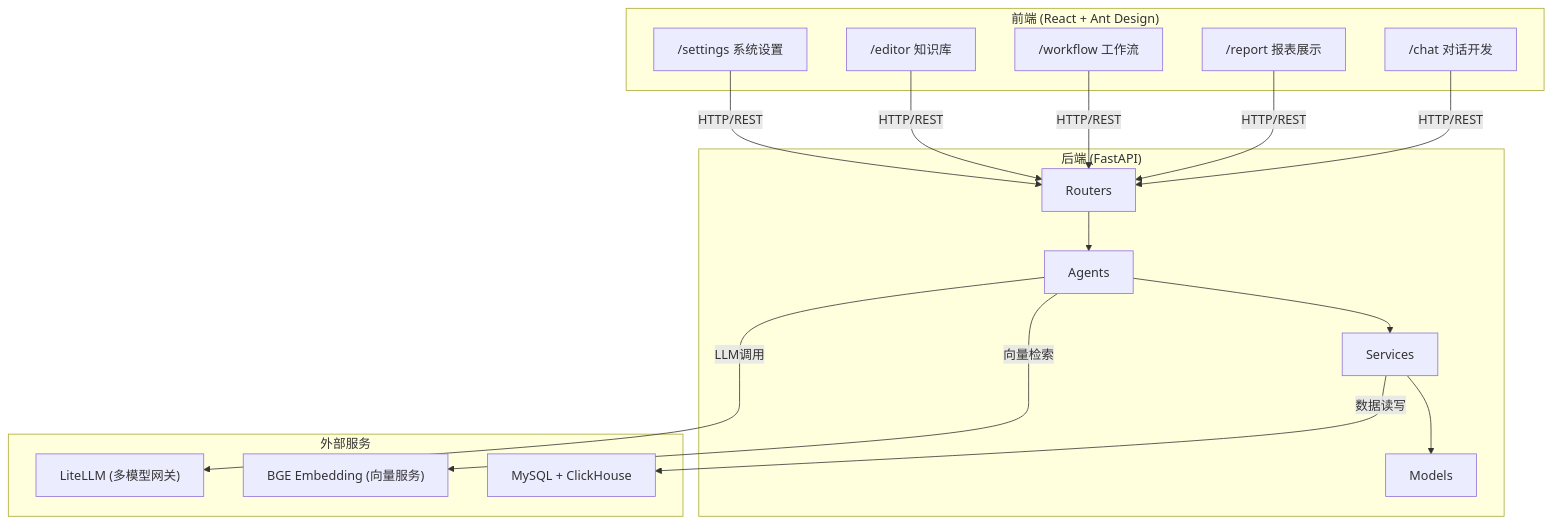
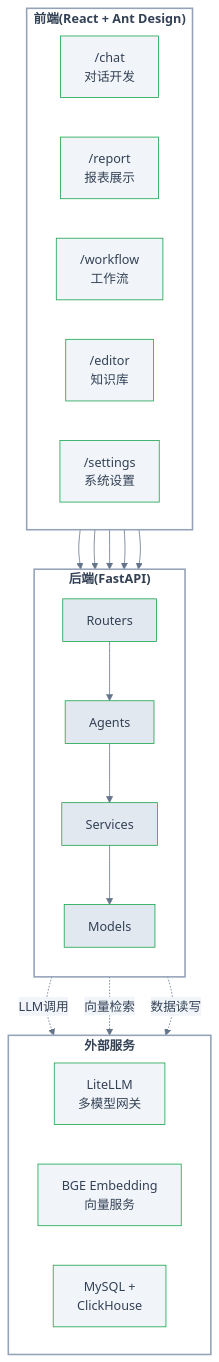
Before and after one commit to quietsj/auto_report_platform: the first of 3 diagrams in README.md, drawn with Mermaid. The commit also changed other lines of this file and 1 other file, not shown here.

````diff
--- a/README.md
+++ b/README.md
@@ -21,36 +21,58 @@
 ```mermaid
+%%{init: {'theme': 'base', 'themeVariables': {'primaryColor': '#f1f5f9', 'primaryTextColor': '#334155', 'primaryBorderColor': '#94a3b8', 'lineColor': '#64748b', 'secondaryColor': '#f1f5f9', 'tertiaryColor': '#f8fafc'}}}%%
 graph TB
-    subgraph Frontend["前端 (React + Ant Design)"]
-        Chat["/chat 对话开发"]
-        Report["/report 报表展示"]
-        Workflow["/workflow 工作流"]
-        Editor["/editor 知识库"]
-        Settings["/settings 系统设置"]
+    subgraph Frontend["<b>前端(React + Ant Design)</b>"]
+        direction LR
+        Chat["/chat<br/>对话开发"]
+        Report["/report<br/>报表展示"]
+        Workflow["/workflow<br/>工作流"]
+        Editor["/editor<br/>知识库"]
+        Settings["/settings<br/>系统设置"]
     end
+    style Frontend fill:none,stroke:#94a3b8,stroke-width:2px,color:#334155
     
-    subgraph Backend["后端 (FastAPI)"]
+    subgraph Backend["<b>后端(FastAPI)</b>"]
+        direction TB
         Routers["Routers"]
         Agents["Agents"]
         Services["Services"]
         Models["Models"]
         Routers --> Agents
         Agents --> Services
         Services --> Models
     end
+    style Backend fill:none,stroke:#94a3b8,stroke-width:2px,color:#334155
     
-    subgraph External["外部服务"]
-        LiteLLM["LiteLLM (多模型网关)"]
-        BGE["BGE Embedding (向量服务)"]
-        DB["MySQL + ClickHouse"]
+    subgraph External["<b>外部服务</b>"]
+        direction LR
+        LiteLLM["LiteLLM<br/>多模型网关"]
+        BGE["BGE Embedding<br/>向量服务"]
+        DB["MySQL +<br/>ClickHouse"]
     end
+    style External fill:none,stroke:#94a3b8,stroke-width:2px,color:#334155
     
-    Chat -->|HTTP/REST| Routers
-    Report -->|HTTP/REST| Routers
-    Workflow -->|HTTP/REST| Routers
-    Editor -->|HTTP/REST| Routers
-    Settings -->|HTTP/REST| Routers
+    Chat --> Routers
+    Report --> Routers
+    Workflow --> Routers
+    Editor --> Routers
+    Settings --> Routers
     
-    Agents -->|LLM调用| LiteLLM
-    Agents -->|向量检索| BGE
-    Services -->|数据读写| DB
+    Agents -.->|"LLM调用"| LiteLLM
+    Agents -.->|"向量检索"| BGE
+    Services -.->|"数据读写"| DB
+    
+    style Routers fill:#e2e8f0,stroke:#16a34a,color:#334155
+    style Agents fill:#e2e8f0,stroke:#16a34a,color:#334155
+    style Services fill:#e2e8f0,stroke:#16a34a,color:#334155
+    style Models fill:#e2e8f0,stroke:#16a34a,color:#334155
+    
+    style Chat fill:#f1f5f9,stroke:#16a34a,color:#334155
+    style Report fill:#f1f5f9,stroke:#16a34a,color:#334155
+    style Workflow fill:#f1f5f9,stroke:#16a34a,color:#334155
+    style Editor fill:#f1f5f9,stroke:#16a34a,color:#334155
+    style Settings fill:#f1f5f9,stroke:#16a34a,color:#334155
+    
+    style LiteLLM fill:#f1f5f9,stroke:#16a34a,color:#334155
+    style BGE fill:#f1f5f9,stroke:#16a34a,color:#334155
+    style DB fill:#f1f5f9,stroke:#16a34a,color:#334155
 ```
````
